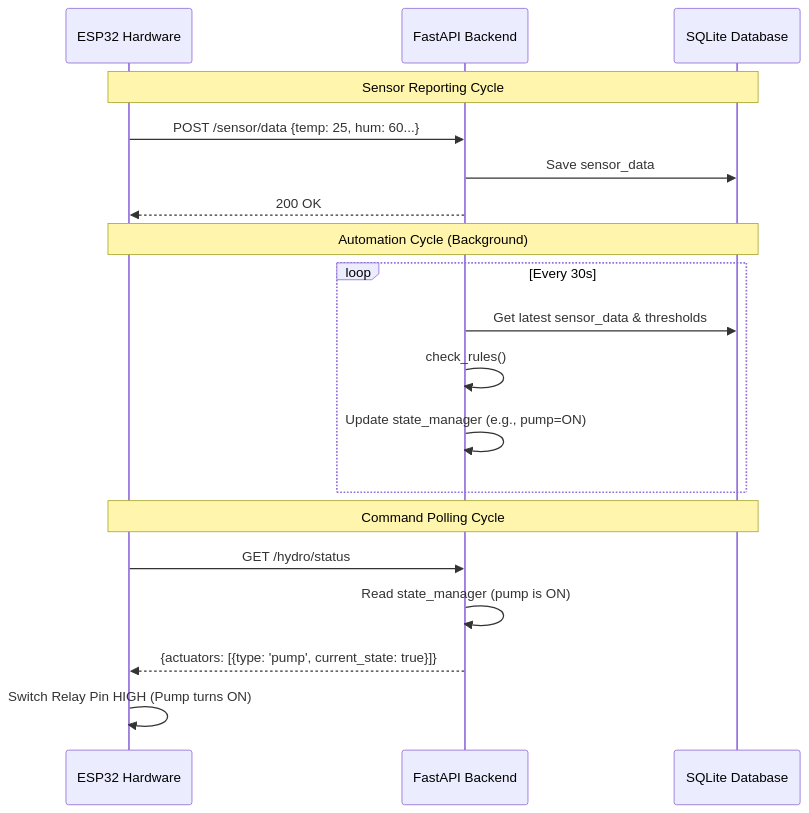
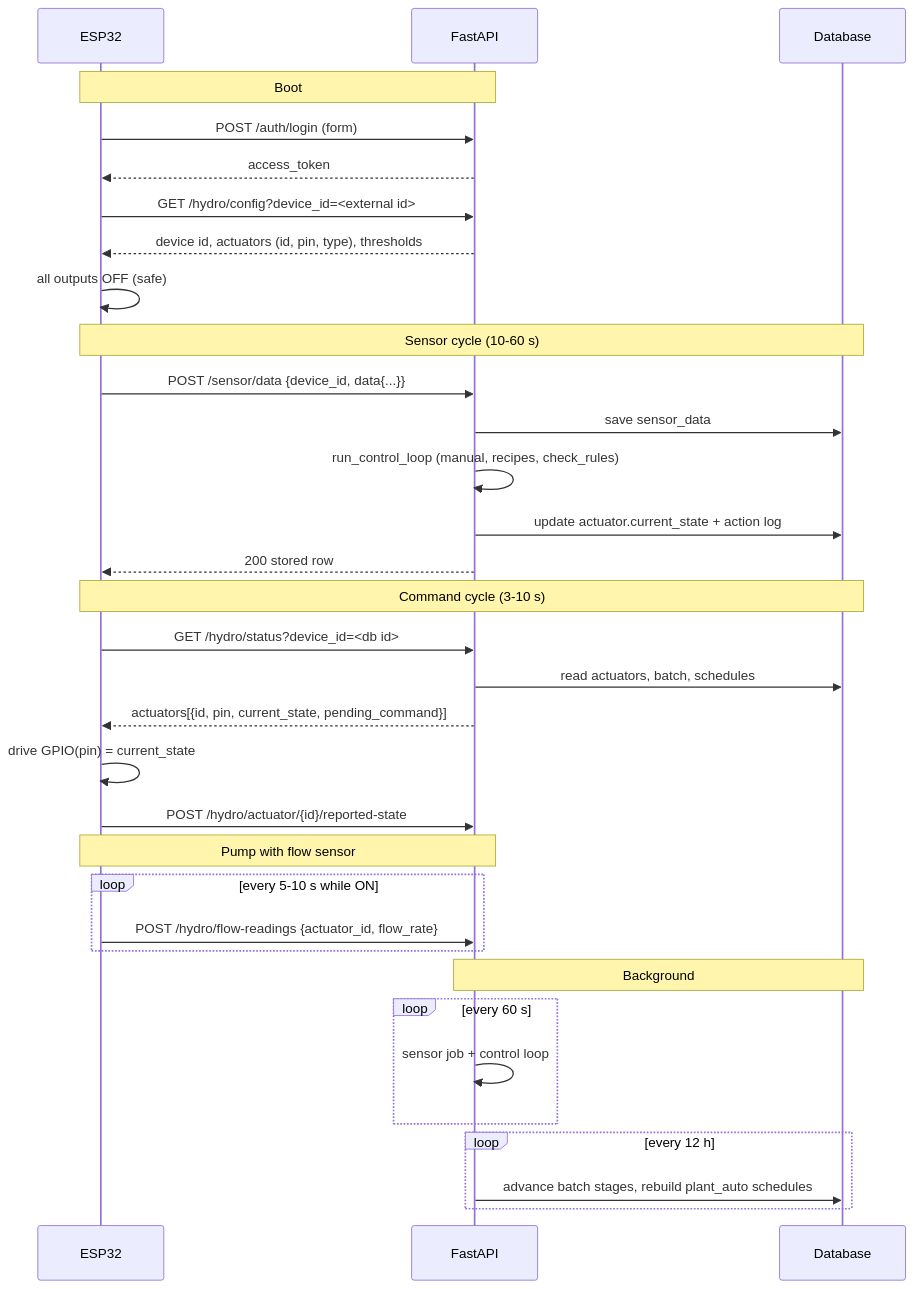
One commit to nghingothanhnghi/fastApi changed the second of 2 diagrams in app/hydro_system/HYDRO_DIAGRAM_ESP32.md. Above: the diagram before and after it, drawn with Mermaid. The commit also changed other lines of this file, not shown here.

````diff
--- a/app/hydro_system/HYDRO_DIAGRAM_ESP32.md
+++ b/app/hydro_system/HYDRO_DIAGRAM_ESP32.md
@@ -111,24 +630,40 @@
 ```mermaid
 sequenceDiagram
-    participant ESP as ESP32 Hardware
-    participant API as FastAPI Backend
-    participant DB as SQLite Database
+    participant ESP as ESP32
+    participant API as FastAPI
+    participant DB as Database
 
-    Note over ESP, DB: Sensor Reporting Cycle
-    ESP->>API: POST /sensor/data {temp: 25, hum: 60...}
-    API->>DB: Save sensor_data
-    API-->>ESP: 200 OK
+    Note over ESP,API: Boot
+    ESP->>API: POST /auth/login (form)
+    API-->>ESP: access_token
+    ESP->>API: GET /hydro/config?device_id=<external id>
+    API-->>ESP: device id, actuators (id, pin, type), thresholds
+    ESP->>ESP: all outputs OFF (safe)
 
-    Note over ESP, DB: Automation Cycle (Background)
-    loop Every 30s
-        API->>DB: Get latest sensor_data & thresholds
-        API->>API: check_rules()
-        API->>API: Update state_manager (e.g., pump=ON)
+    Note over ESP,DB: Sensor cycle (10-60 s)
+    ESP->>API: POST /sensor/data {device_id, data{...}}
+    API->>DB: save sensor_data
+    API->>API: run_control_loop (manual, recipes, check_rules)
+    API->>DB: update actuator.current_state + action log
+    API-->>ESP: 200 stored row
+
+    Note over ESP,DB: Command cycle (3-10 s)
+    ESP->>API: GET /hydro/status?device_id=<db id>
+    API->>DB: read actuators, batch, schedules
+    API-->>ESP: actuators[{id, pin, current_state, pending_command}]
+    ESP->>ESP: drive GPIO(pin) = current_state
+    ESP->>API: POST /hydro/actuator/{id}/reported-state
+
+    Note over ESP,API: Pump with flow sensor
+    loop every 5-10 s while ON
+        ESP->>API: POST /hydro/flow-readings {actuator_id, flow_rate}
     end
 
-    Note over ESP, DB: Command Polling Cycle
-    ESP->>API: GET /hydro/status
-    API->>API: Read state_manager (pump is ON)
-    API-->>ESP: {actuators: [{type: 'pump', current_state: true}]}
-    ESP->>ESP: Switch Relay Pin HIGH (Pump turns ON)
+    Note over API,DB: Background
+    loop every 60 s
+        API->>API: sensor job + control loop
+    end
+    loop every 12 h
+        API->>DB: advance batch stages, rebuild plant_auto schedules
+    end
 ```
````
